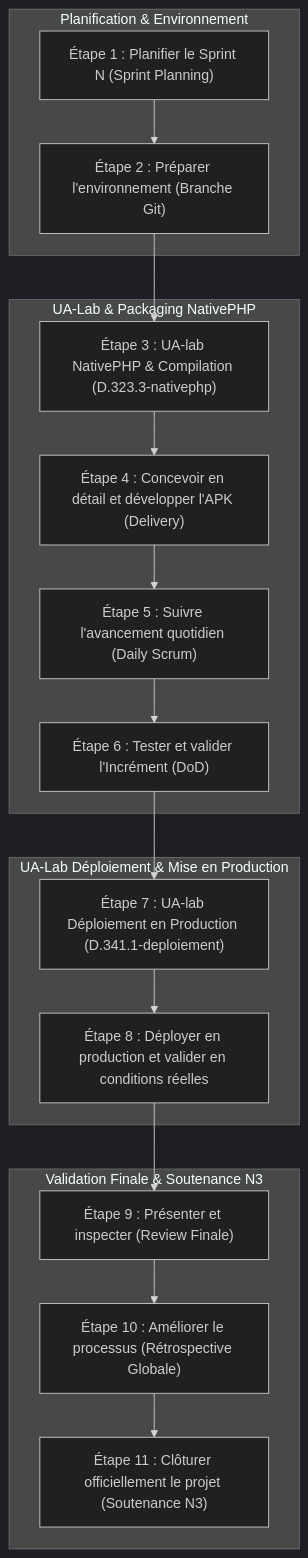
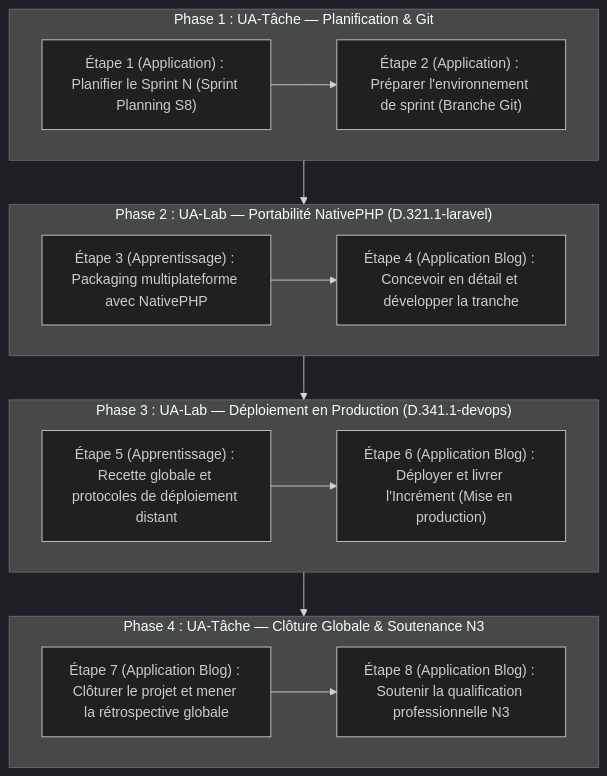
The diagram in flux-travail/sessions/flux-travail-s8.md (labs-web/projet-imiation-n3), drawn with Mermaid (dark theme) before and after one commit. The commit also changed other lines of this file and 12 other files, not shown here.

````diff
--- a/flux-travail/sessions/flux-travail-s8.md
+++ b/flux-travail/sessions/flux-travail-s8.md
@@ -62,24 +55,28 @@
 ```mermaid
 flowchart TD
-    subgraph S8_Prep ["Planification & Environnement"]
-        R1["Étape 1 : Planifier le Sprint N (Sprint Planning)"] --> R2["Étape 2 : Préparer l'environnement (Branche Git)"]
+    subgraph P1 ["Phase 1 : UA-Tâche — Planification & Git"]
+        E1["Étape 1 (Application) : Planifier le Sprint N (Sprint Planning S8)"]
+        E2["Étape 2 (Application) : Préparer l'environnement de sprint (Branche Git)"]
+        E1 --> E2
     end
 
-    subgraph S8_Nat ["UA-Lab & Packaging NativePHP"]
-        R2 --> U1["Étape 3 : UA-lab NativePHP & Compilation (D.323.3-nativephp)"]
-        U1 --> R3["Étape 4 : Concevoir en détail et développer l'APK (Delivery)"]
-        R3 --> R4["Étape 5 : Suivre l'avancement quotidien (Daily Scrum)"]
-        R4 --> R5["Étape 6 : Tester et valider l'Incrément (DoD)"]
+    subgraph P2 ["Phase 2 : UA-Lab — Portabilité NativePHP (D.321.1-laravel)"]
+        E3["Étape 3 (Apprentissage) : Packaging multiplateforme avec NativePHP"]
+        E4["Étape 4 (Application Blog) : Concevoir en détail et développer la tranche"]
+        E3 --> E4
     end
 
-    subgraph S8_Deploy ["UA-Lab Déploiement & Mise en Production"]
-        R5 --> U2["Étape 7 : UA-lab Déploiement en Production (D.341.1-deploiement)"]
-        U2 --> R6["Étape 8 : Déployer en production et valider en conditions réelles"]
+    subgraph P3 ["Phase 3 : UA-Lab — Déploiement en Production (D.341.1-devops)"]
+        E5["Étape 5 (Apprentissage) : Recette globale et protocoles de déploiement distant"]
+        E6["Étape 6 (Application Blog) : Déployer et livrer l'Incrément (Mise en production)"]
+        E5 --> E6
     end
 
-    subgraph S8_End ["Validation Finale & Soutenance N3"]
-        R6 --> R7["Étape 9 : Présenter et inspecter (Review Finale)"]
-        R7 --> R8["Étape 10 : Améliorer le processus (Rétrospective Globale)"]
-        R8 --> R9["Étape 11 : Clôturer officiellement le projet (Soutenance N3)"]
+    subgraph P4 ["Phase 4 : UA-Tâche — Clôture Globale & Soutenance N3"]
+        E7["Étape 7 (Application Blog) : Clôturer le projet et mener la rétrospective globale"]
+        E8["Étape 8 (Application Blog) : Soutenir la qualification professionnelle N3"]
+        E7 --> E8
     end
+
+    P1 --> P2 --> P3 --> P4
 ```
````
